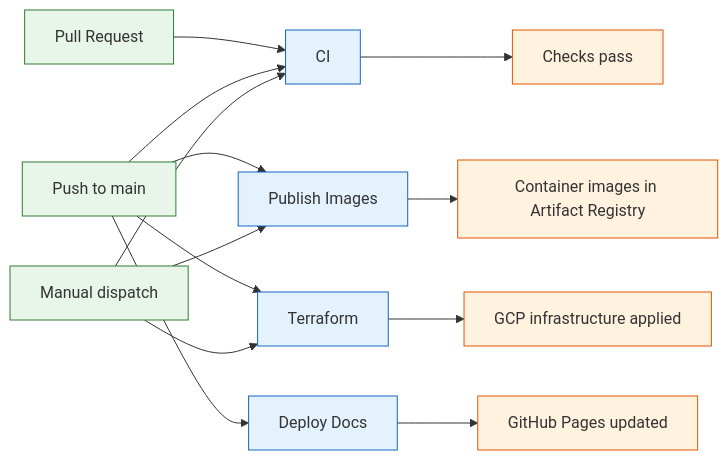
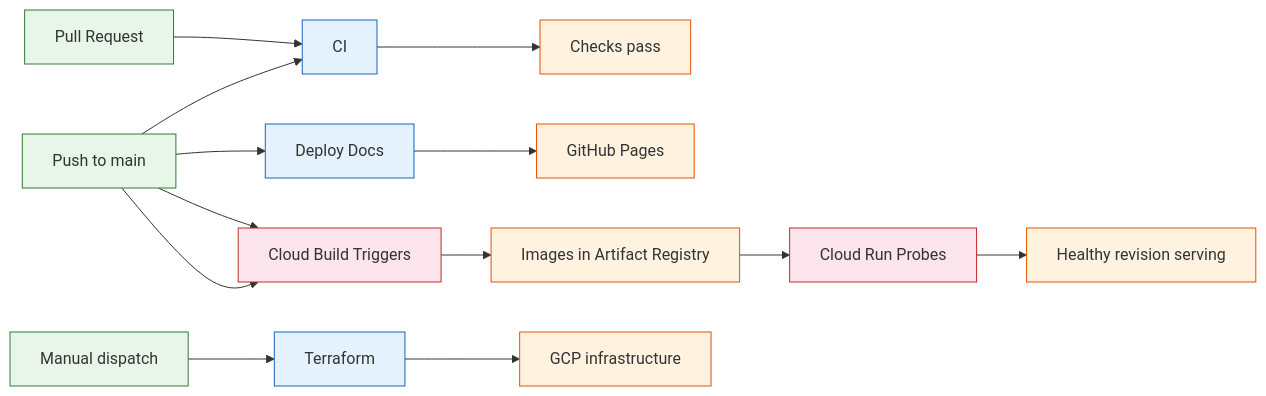
Before and after one commit to javihslu/foehncast: the first of 2 diagrams in docs/site/system/ci-cd.md, drawn with Mermaid. The commit also changed other lines of this file and 7 other files, not shown here.

First line of the commit message:
feat(infra): replace GHA publish with Cloud Build triggers and Cloud Run probes (#380)

````diff
--- a/docs/site/system/ci-cd.md
+++ b/docs/site/system/ci-cd.md
@@ -7,27 +9,30 @@
 ```mermaid
 flowchart LR
     classDef trigger fill:#e8f5e9,stroke:#2e7d32
-    classDef workflow fill:#e3f2fd,stroke:#1565c0
+    classDef gha fill:#e3f2fd,stroke:#1565c0
+    classDef gcp fill:#fce4ec,stroke:#c62828
     classDef outcome fill:#fff3e0,stroke:#e65100
 
     PR[Pull Request]:::trigger
     PUSH[Push to main]:::trigger
     MANUAL[Manual dispatch]:::trigger
 
-    CI[CI]:::workflow
-    PUB[Publish Images]:::workflow
-    TF[Terraform]:::workflow
-    DOCS[Deploy Docs]:::workflow
+    CI[CI]:::gha
+    DOCS[Deploy Docs]:::gha
+    TF[Terraform]:::gha
+
+    CB[Cloud Build Triggers]:::gcp
+    CR[Cloud Run Probes]:::gcp
 
     CHK[Checks pass]:::outcome
-    IMG[Container images in Artifact Registry]:::outcome
-    INFRA[GCP infrastructure applied]:::outcome
-    PAGES[GitHub Pages updated]:::outcome
+    PAGES[GitHub Pages]:::outcome
+    IMG[Images in Artifact Registry]:::outcome
+    LIVE[Healthy revision serving]:::outcome
+    INFRA[GCP infrastructure]:::outcome
 
     PR --> CI --> CHK
-    PUSH --> CI & PUB & TF & DOCS
-    MANUAL --> CI & PUB & TF
-    PUB --> IMG
-    TF --> INFRA
+    PUSH --> CI & DOCS & CB
+    PUSH --> CB --> IMG --> CR --> LIVE
     DOCS --> PAGES
+    MANUAL --> TF --> INFRA
 ```
````
